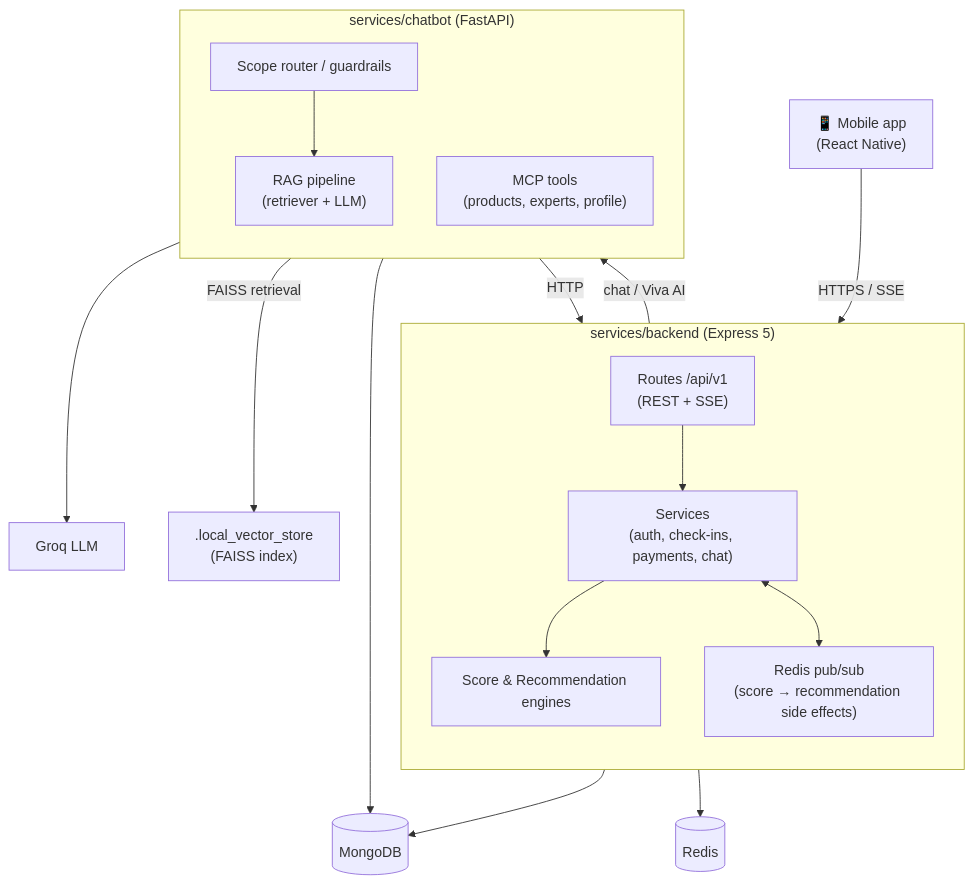
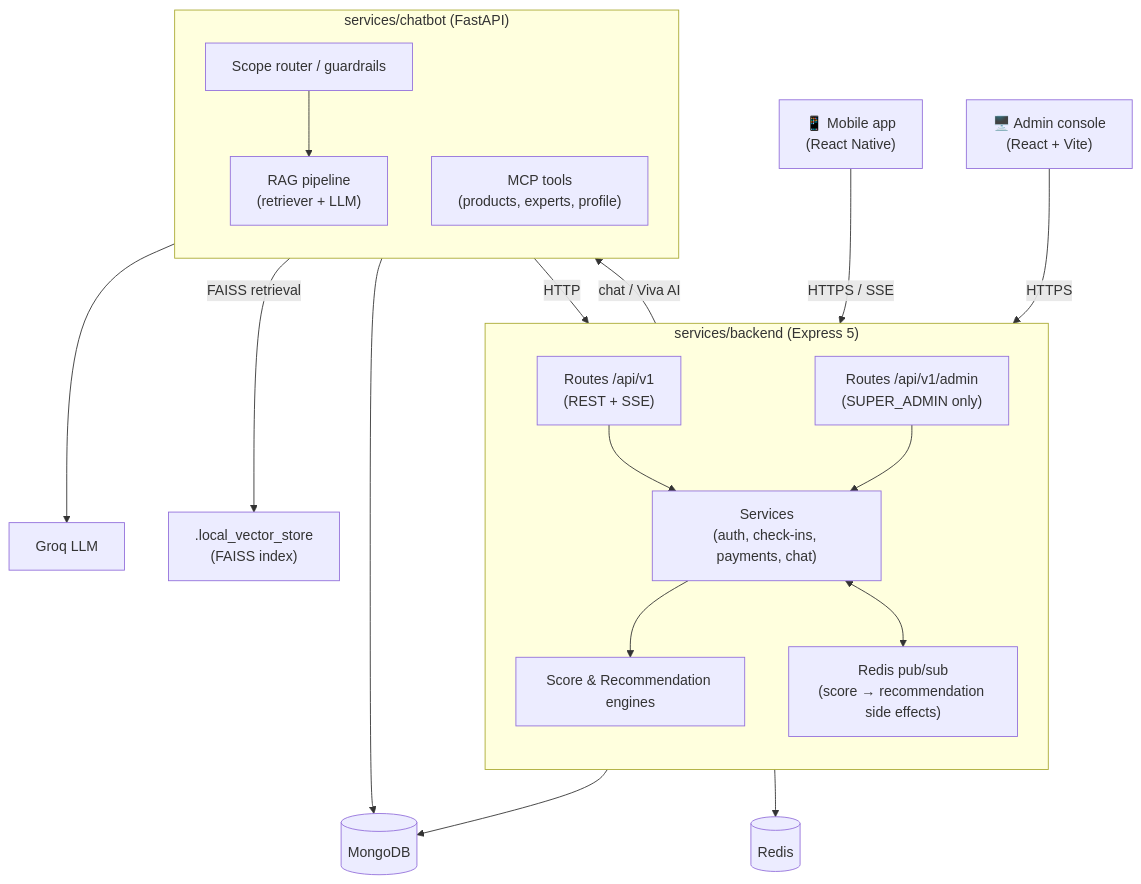
One commit to VivaNari/viva-mama-hq changed the diagram in docs/architecture.md. Above: the diagram before and after it, drawn with Mermaid. The commit also changed other lines of this file and 847 other files, not shown here.

````diff
--- a/docs/architecture.md
+++ b/docs/architecture.md
@@ -12,31 +13,34 @@
 ```mermaid
 flowchart TB
   M["📱 Mobile app<br/>(React Native)"]
+  A["🖥️ Admin console<br/>(React + Vite)"]
 
   subgraph BE["services/backend (Express 5)"]
     direction TB
     R["Routes /api/v1<br/>(REST + SSE)"]
+    AR["Routes /api/v1/admin<br/>(SUPER_ADMIN only)"]
     SVC["Services<br/>(auth, check-ins, payments, chat)"]
     ENG["Score &amp; Recommendation engines"]
     PUB["Redis pub/sub<br/>(score → recommendation side effects)"]
   end
 
   subgraph CB["services/chatbot (FastAPI)"]
     direction TB
     ROUTER["Scope router / guardrails"]
     PIPE["RAG pipeline<br/>(retriever + LLM)"]
     TOOLS["MCP tools<br/>(products, experts, profile)"]
   end
 
   MDB[("MongoDB")]
   RDS[("Redis")]
   GROQ["Groq LLM"]
 
   M -->|HTTPS / SSE| R --> SVC --> ENG
+  A -->|HTTPS| AR --> SVC
   SVC --> MDB
   SVC <--> PUB --> RDS
   SVC -->|"chat / Viva AI"| ROUTER --> PIPE --> GROQ
   PIPE -->|FAISS retrieval| VEC[".local_vector_store<br/>(FAISS index)"]
   TOOLS -->|HTTP| R
   CB --> MDB
 ```
````
